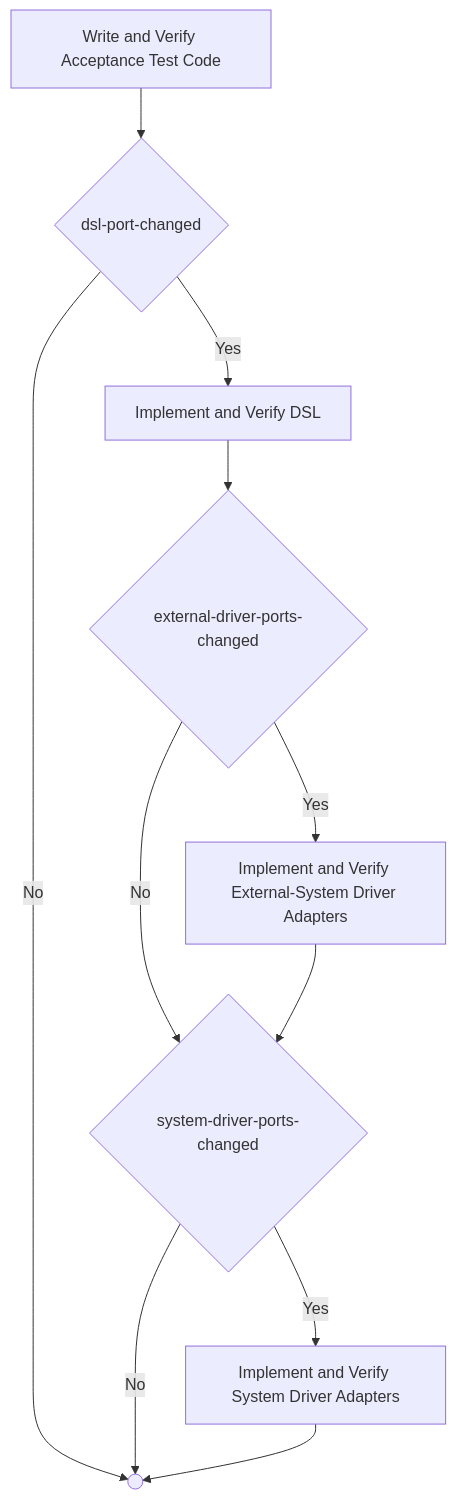
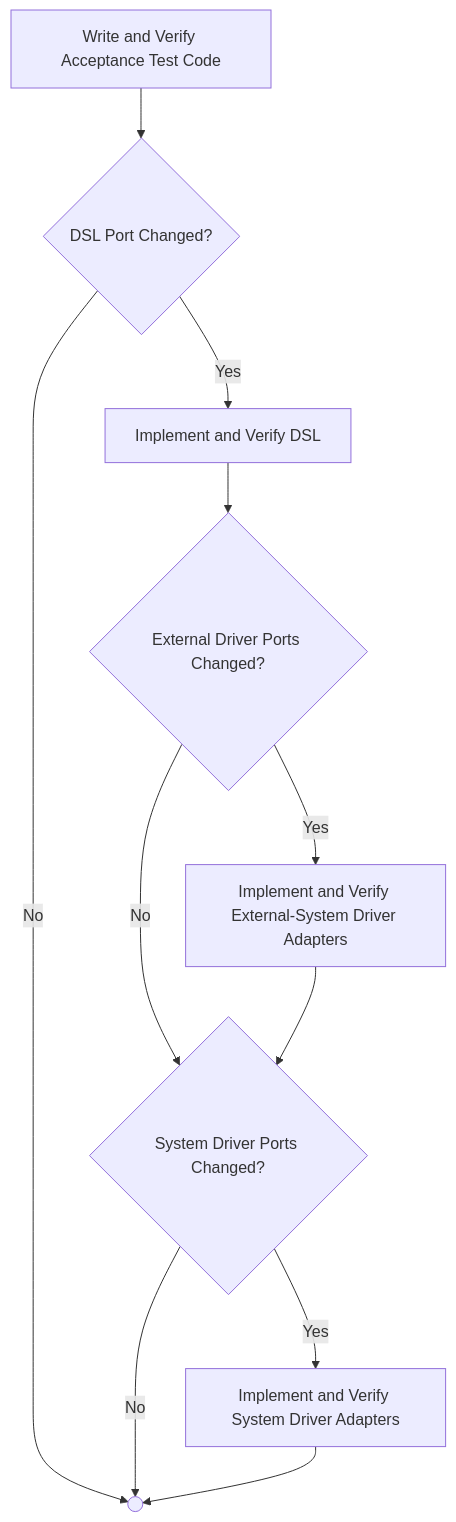
Diagram 14 of 53 in docs/process-diagram.md (optivem/gh-optivem), drawn with Mermaid before and after one commit. The commit also changed other lines of this file and 16 other files, not shown here.

Commit message:
atdd: regenerate process-flow diagram

````diff
--- a/docs/process-diagram.md
+++ b/docs/process-diagram.md
@@ -272,22 +272,22 @@
 ```mermaid
 flowchart TD
-    GATE_DSL_PORT_CHANGED{dsl-port-changed}
-    GATE_EXTERNAL_DRIVER_PORTS_CHANGED{external-driver-ports-changed}
-    GATE_SYSTEM_DRIVER_PORTS_CHANGED{system-driver-ports-changed}
+    GATE_DSL_PORT_CHANGED{DSL Port Changed?}
+    GATE_EXTERNAL_DRIVER_PORTS_CHANGED{External Driver Ports Changed?}
+    GATE_SYSTEM_DRIVER_PORTS_CHANGED{System Driver Ports Changed?}
     IMPLEMENT_AND_VERIFY_DSL[Implement and Verify DSL]
     IMPLEMENT_AND_VERIFY_EXTERNAL_DRIVER_ADAPTERS[Implement and Verify External-System Driver Adapters]
     IMPLEMENT_AND_VERIFY_SYSTEM_DRIVER_ADAPTERS[Implement and Verify System Driver Adapters]
     WAV_AT_END(( ))
     WRITE_AND_VERIFY_ACCEPTANCE_TEST_CODE[Write and Verify Acceptance Test Code]
 
     WRITE_AND_VERIFY_ACCEPTANCE_TEST_CODE --> GATE_DSL_PORT_CHANGED
     GATE_DSL_PORT_CHANGED -- Yes --> IMPLEMENT_AND_VERIFY_DSL
     GATE_DSL_PORT_CHANGED -- No --> WAV_AT_END
     IMPLEMENT_AND_VERIFY_DSL --> GATE_EXTERNAL_DRIVER_PORTS_CHANGED
     GATE_EXTERNAL_DRIVER_PORTS_CHANGED -- Yes --> IMPLEMENT_AND_VERIFY_EXTERNAL_DRIVER_ADAPTERS
     GATE_EXTERNAL_DRIVER_PORTS_CHANGED -- No --> GATE_SYSTEM_DRIVER_PORTS_CHANGED
     IMPLEMENT_AND_VERIFY_EXTERNAL_DRIVER_ADAPTERS --> GATE_SYSTEM_DRIVER_PORTS_CHANGED
     GATE_SYSTEM_DRIVER_PORTS_CHANGED -- Yes --> IMPLEMENT_AND_VERIFY_SYSTEM_DRIVER_ADAPTERS
     GATE_SYSTEM_DRIVER_PORTS_CHANGED -- No --> WAV_AT_END
     IMPLEMENT_AND_VERIFY_SYSTEM_DRIVER_ADAPTERS --> WAV_AT_END
 ```
````
